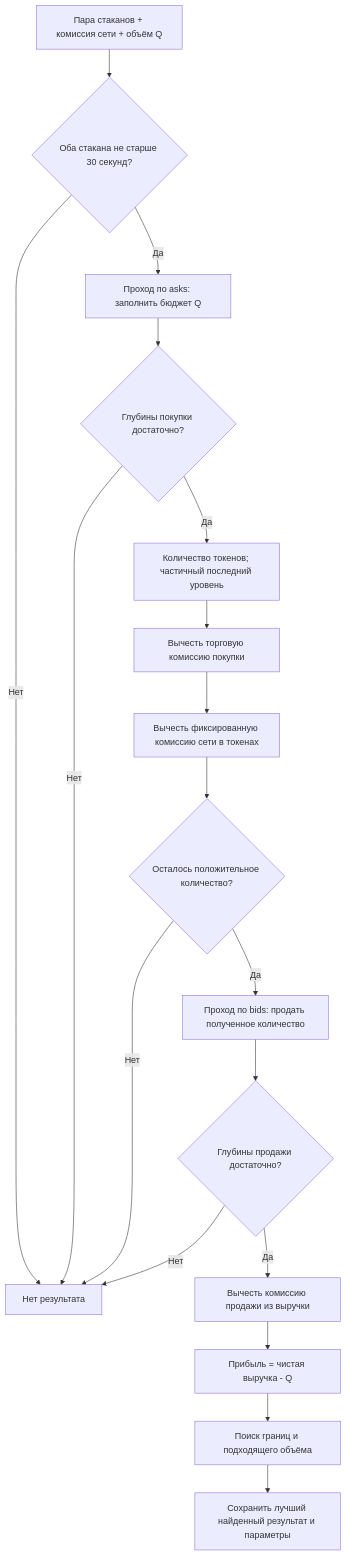
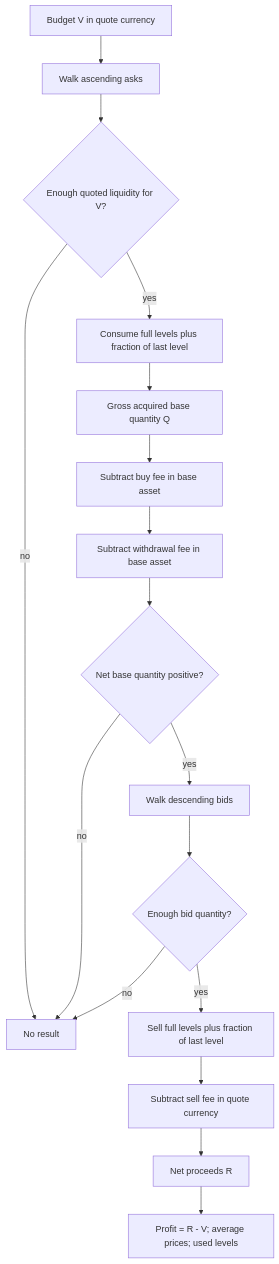
The fourth of 12 diagrams in docs/ARCHITECTURE.md (salyahcrypto1-beep/arbitrage-sc-speed), drawn with Mermaid before and after one commit. The commit also changed other lines of this file and 36 other files, not shown here.

````diff
--- a/docs/ARCHITECTURE.md
+++ b/docs/ARCHITECTURE.md
@@ -77,20 +102,19 @@
 ```mermaid
 flowchart TD
-    I[Пара стаканов + комиссия сети + объём Q] --> AGE{Оба стакана не старше 30 секунд?}
-    AGE -- Нет --> N[Нет результата]
-    AGE -- Да --> BUY[Проход по asks: заполнить бюджет Q]
-    BUY --> BD{Глубины покупки достаточно?}
-    BD -- Нет --> N
-    BD -- Да --> BQ[Количество токенов; частичный последний уровень]
-    BQ --> BF[Вычесть торговую комиссию покупки]
-    BF --> NF[Вычесть фиксированную комиссию сети в токенах]
-    NF --> POS{Осталось положительное количество?}
-    POS -- Нет --> N
-    POS -- Да --> SELL[Проход по bids: продать полученное количество]
-    SELL --> SD{Глубины продажи достаточно?}
-    SD -- Нет --> N
-    SD -- Да --> SF[Вычесть комиссию продажи из выручки]
-    SF --> OUT[Прибыль = чистая выручка - Q]
-    OUT --> SEARCH[Поиск границ и подходящего объёма]
-    SEARCH --> BEST[Сохранить лучший найденный результат и параметры]
+    V[Budget V in quote currency] --> A[Walk ascending asks]
+    A --> AF{Enough quoted liquidity for V?}
+    AF -- no --> X[No result]
+    AF -- yes --> AP[Consume full levels plus fraction of last level]
+    AP --> Q[Gross acquired base quantity Q]
+    Q --> BF[Subtract buy fee in base asset]
+    BF --> NF[Subtract withdrawal fee in base asset]
+    NF --> POS{Net base quantity positive?}
+    POS -- no --> X
+    POS -- yes --> B[Walk descending bids]
+    B --> BD{Enough bid quantity?}
+    BD -- no --> X
+    BD -- yes --> BP[Sell full levels plus fraction of last level]
+    BP --> SF[Subtract sell fee in quote currency]
+    SF --> R[Net proceeds R]
+    R --> P[Profit = R - V; average prices; used levels]
 ```
````
